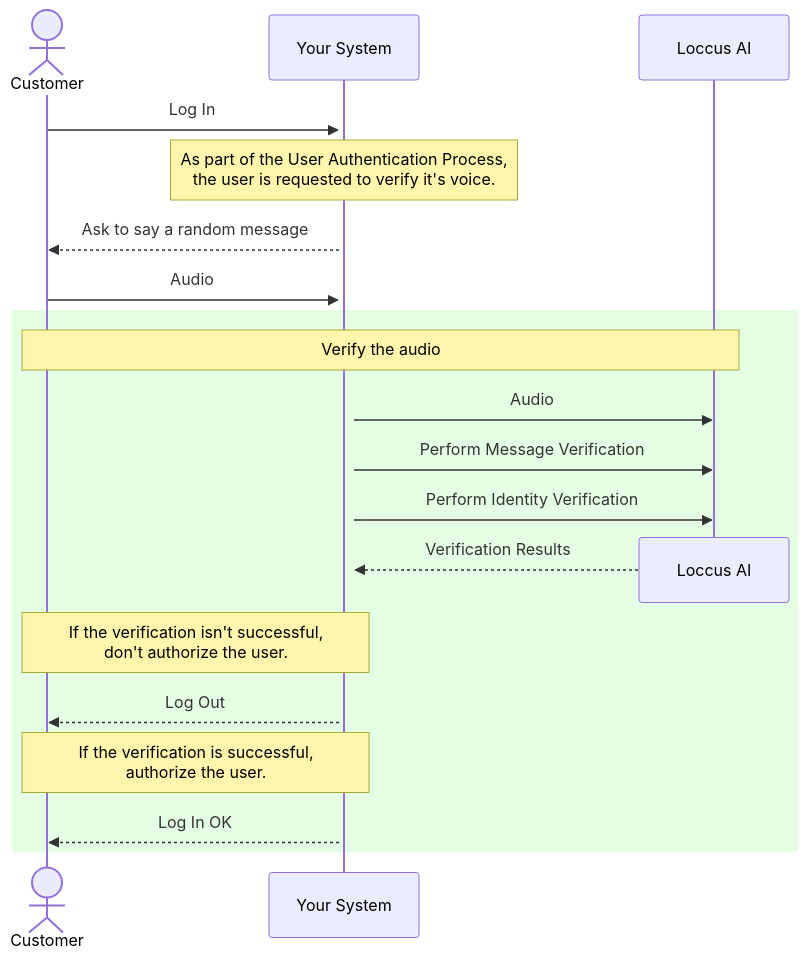
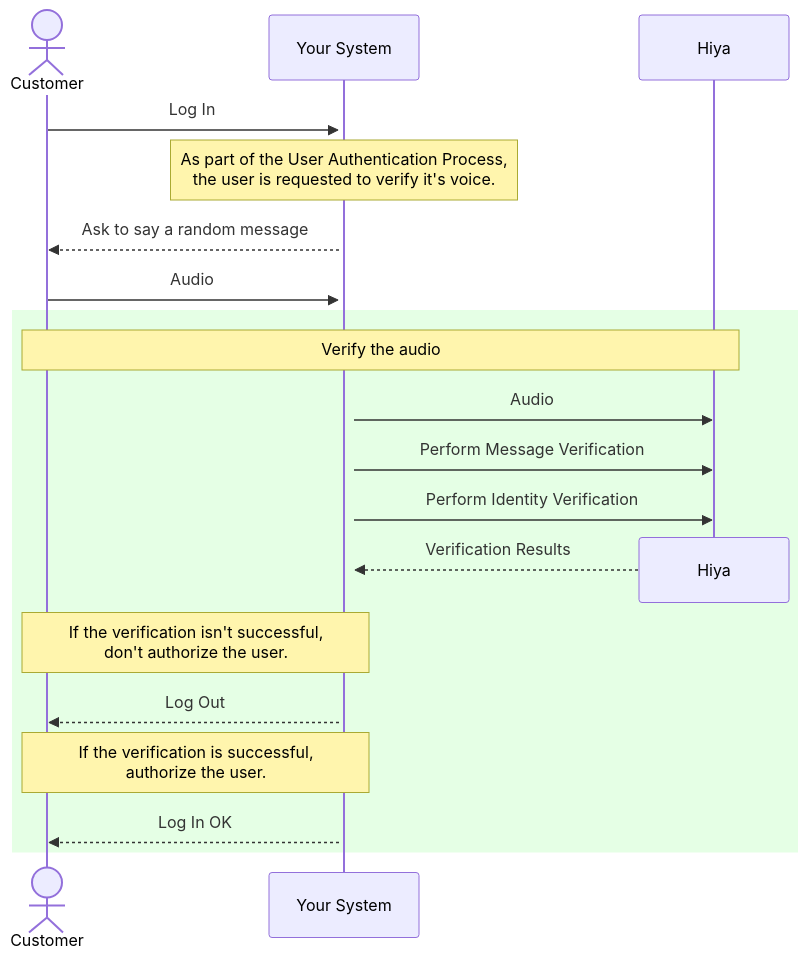
The second of 3 diagrams in use-cases/identity/basic-identity-use-case.mdx (Victor-Hiya/docs), drawn with Mermaid before and after one commit. The commit also changed other lines of this file and 19 other files, not shown here.

````diff
--- a/use-cases/identity/basic-identity-use-case.mdx
+++ b/use-cases/identity/basic-identity-use-case.mdx
@@ -69,21 +69,21 @@
 ```mermaid
 sequenceDiagram
     actor Customer
     Customer->>+Your System: Log In
     Note over Your System: As part of the User Authentication Process,<br>the user is requested to verify it's voice.
     Your System-->>Customer: Ask to say a random message
     Customer->>+Your System: Audio
     rect rgba(0, 255, 0, .1)
-    create participant Loccus AI
-    note over Customer, Loccus AI: Verify the audio
-    Your System->>Loccus AI: Audio
-    Your System->>Loccus AI: Perform Message Verification
-    Your System->>Loccus AI: Perform Identity Verification
-    destroy Loccus AI
-    Loccus AI-->>Your System: Verification Results
+    create participant Hiya
+    note over Customer, Hiya: Verify the audio
+    Your System->>Hiya: Audio
+    Your System->>Hiya: Perform Message Verification
+    Your System->>Hiya: Perform Identity Verification
+    destroy Hiya
+    Hiya-->>Your System: Verification Results
     Note over Customer,Your System: If the verification isn't successful,<br> don't authorize the user.
     Your System-->>Customer: Log Out
     Note over Customer,Your System: If the verification is successful,<br> authorize the user.
     Your System-->>Customer: Log In OK
     end
 ```
````
